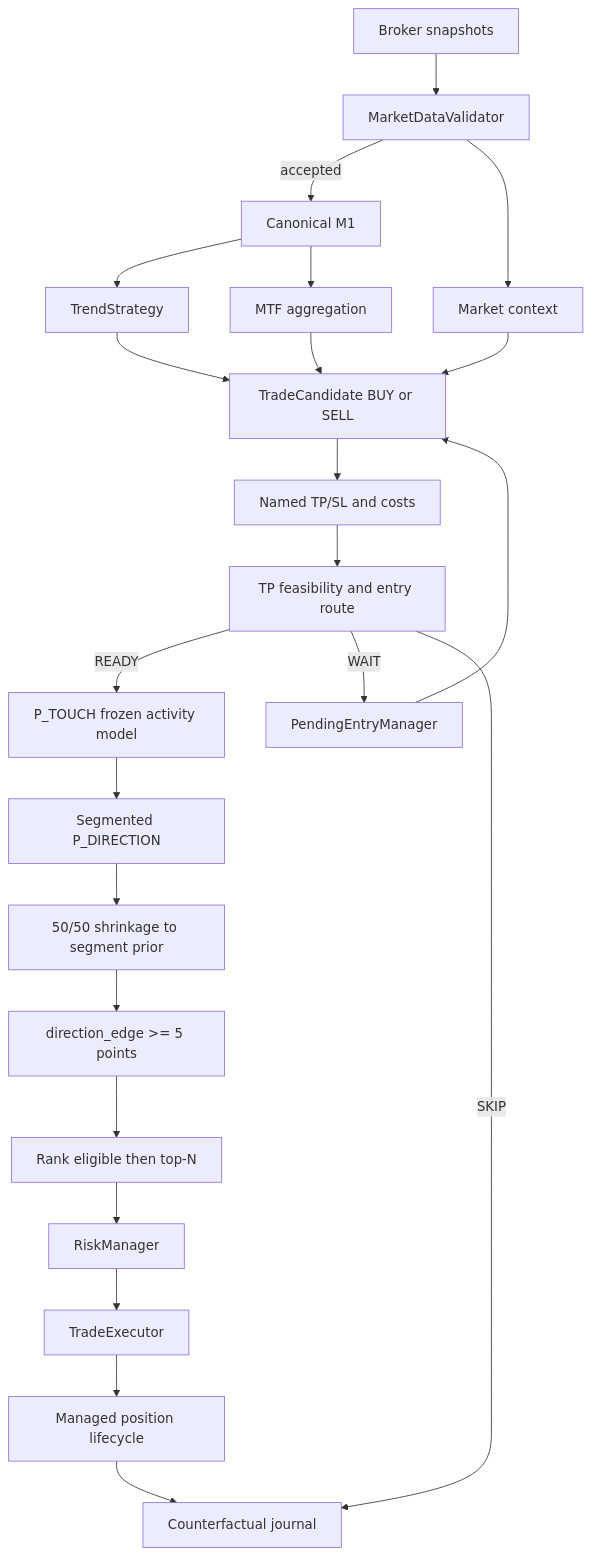
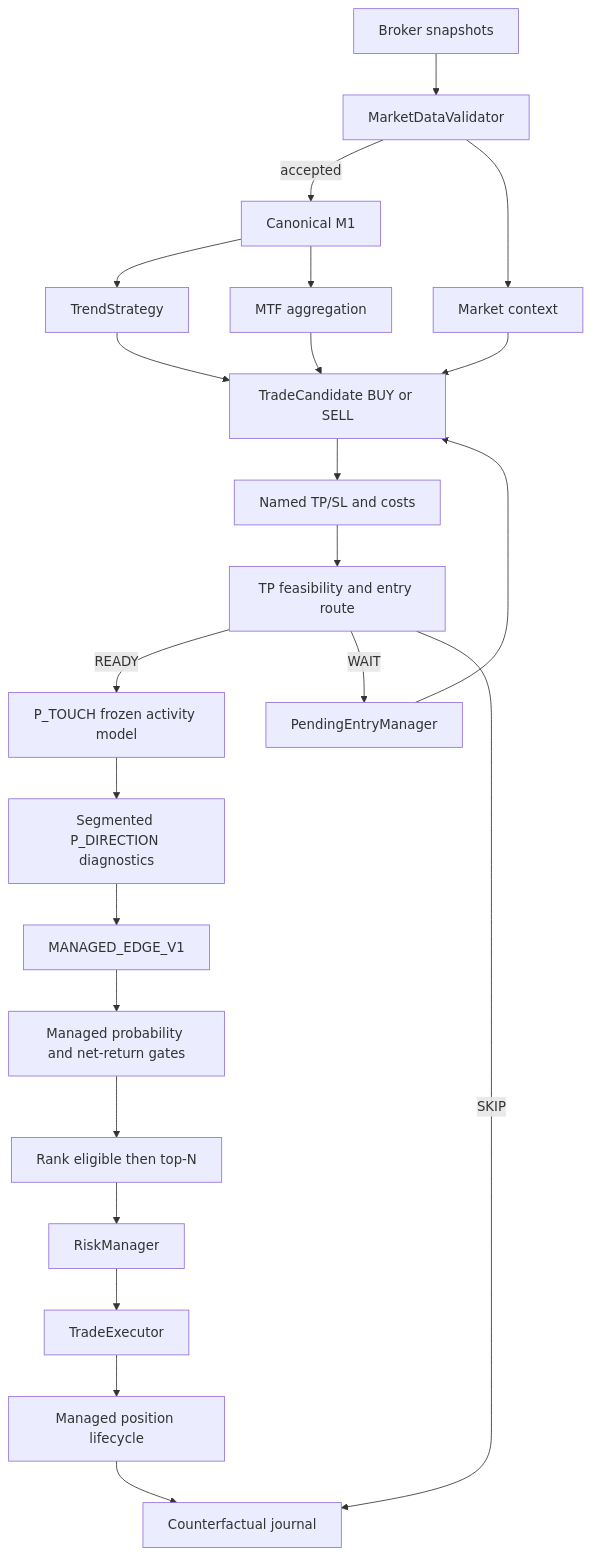
One commit to Kaesarou/goblin changed the diagram in README.md. Above: the diagram before and after it, drawn with Mermaid. The commit also changed other lines of this file and 98 other files, not shown here.

````diff
--- a/README.md
+++ b/README.md
@@ -41,25 +45,25 @@
 ```mermaid
 flowchart TD
     A[Broker snapshots] --> B[MarketDataValidator]
     B -->|accepted| C[Canonical M1]
     B --> D[Market context]
     C --> E[TrendStrategy]
     C --> F[MTF aggregation]
     E --> G[TradeCandidate BUY or SELL]
     D --> G
     F --> G
     G --> H[Named TP/SL and costs]
     H --> I[TP feasibility and entry route]
     I -->|READY| J[P_TOUCH frozen activity model]
     I -->|WAIT| K[PendingEntryManager]
     I -->|SKIP| L[Counterfactual journal]
-    J --> M[Segmented P_DIRECTION]
-    M --> N[50/50 shrinkage to segment prior]
-    N --> O[direction_edge >= 5 points]
+    J --> M[Segmented P_DIRECTION diagnostics]
+    M --> N[MANAGED_EDGE_V1]
+    N --> O[Managed probability and net-return gates]
     O --> P[Rank eligible then top-N]
     K --> G
     P --> Q[RiskManager]
     Q --> R[TradeExecutor]
     R --> S[Managed position lifecycle]
     S --> L
 ```
````
